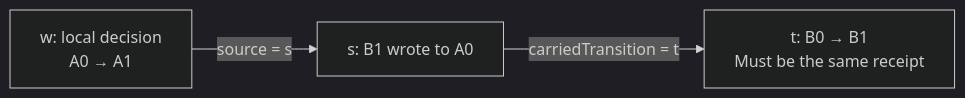
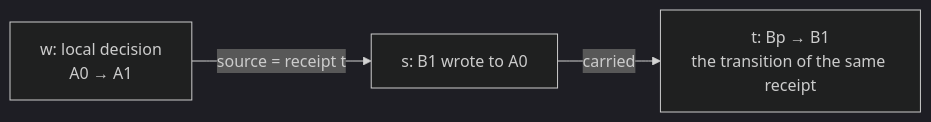
Before and after one commit to estoc-dev/estoc: diagram 13 of 18 in packages/continuity/docs/guide.md, drawn with Mermaid (dark theme). The commit also changed other lines of this file and 35 other files, not shown here.

````diff
--- a/packages/continuity/docs/guide.md
+++ b/packages/continuity/docs/guide.md
@@ -425,5 +430,5 @@
 ```mermaid
 flowchart LR
-    W["w: local decision<br/>A0 → A1"] -->|"source = s"| S["s: B1 wrote to A0"]
-    S -->|"carriedTransition = t"| T["t: B0 → B1<br/>Must be the same receipt"]
+    W["w: local decision<br/>A0 → A1"] -->|"source = receipt t"| S["s: B1 wrote to A0"]
+    S -->|"carried"| T["t: Bp → B1<br/>the transition of the same receipt"]
 ```
````
